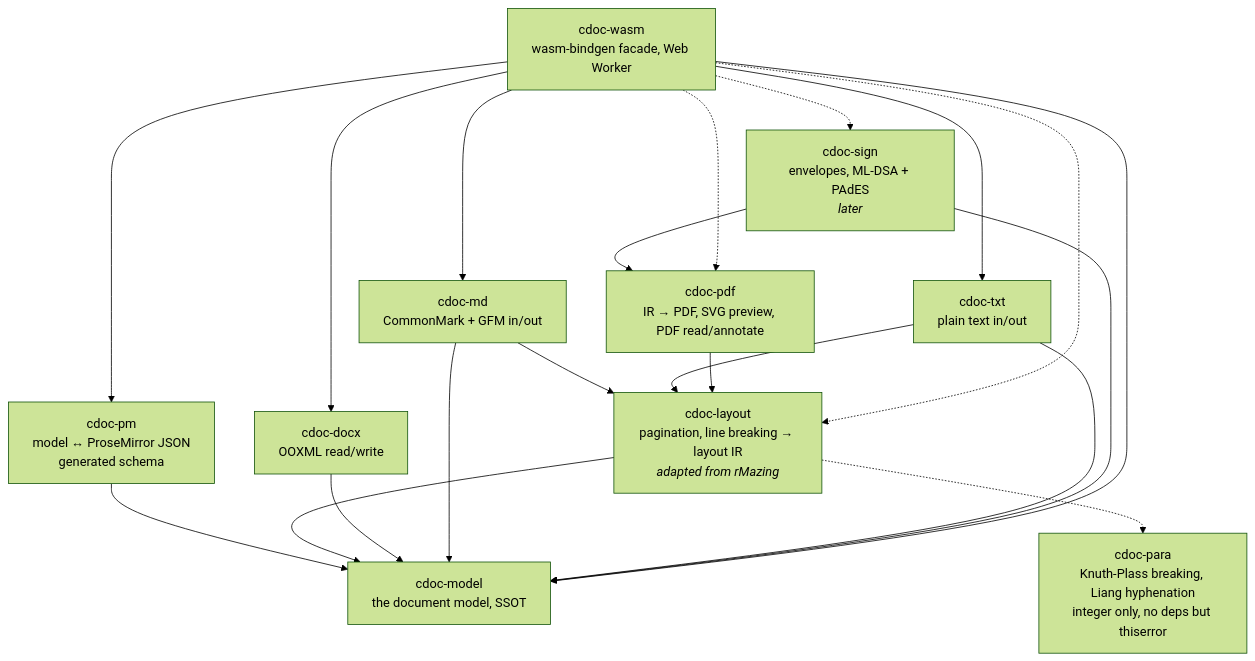
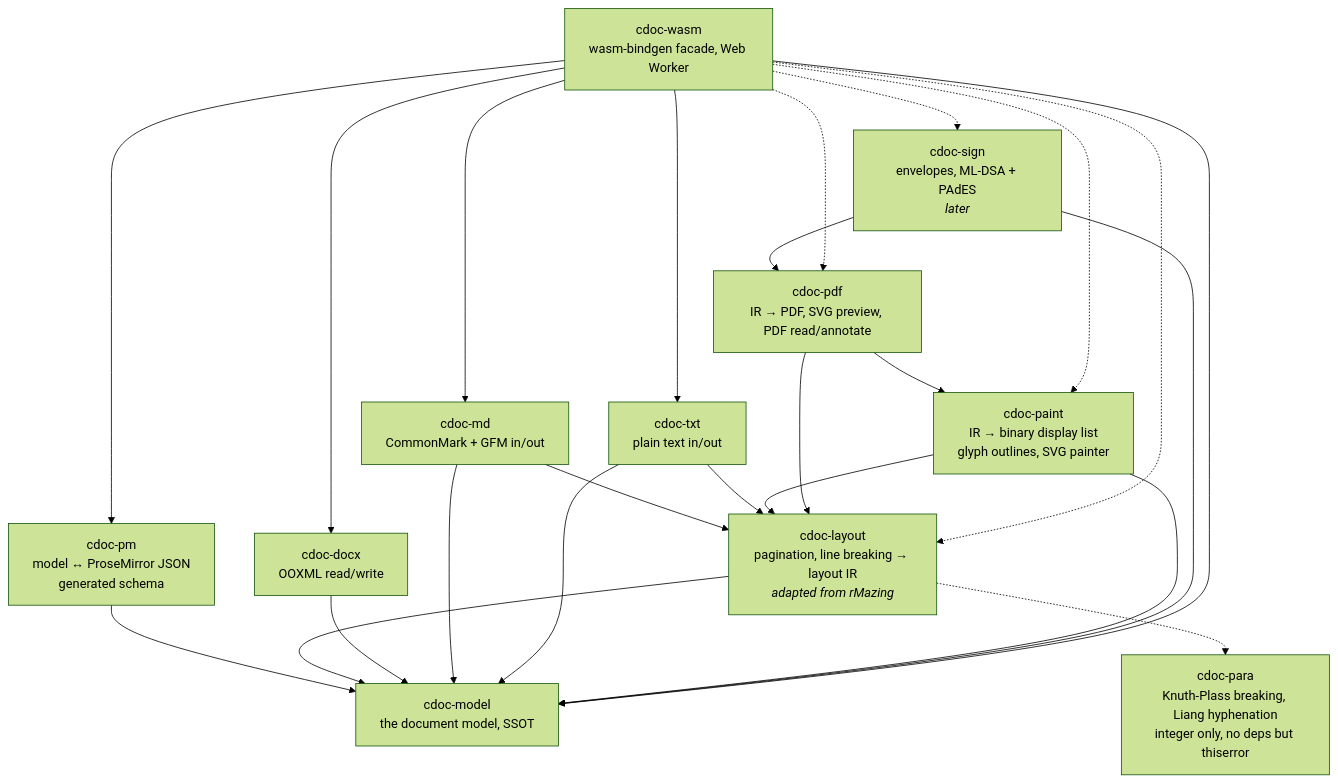
Before and after one commit to Avarok-Cybersecurity/citadel-docs: the diagram in ARCHITECTURE.md, drawn with Mermaid (forest theme). The commit also changed other lines of this file and 49 other files, not shown here.

First line of the commit message:
cdoc-paint: binary display list, glyph outlines, SVG from the display list

````diff
--- a/ARCHITECTURE.md
+++ b/ARCHITECTURE.md
@@ -12,33 +12,38 @@
 ```mermaid
 graph TD
     model[cdoc-model<br/>the document model, SSOT]
     pm[cdoc-pm<br/>model ↔ ProseMirror JSON<br/>generated schema]
     layout[cdoc-layout<br/>pagination, line breaking → layout IR<br/><i>adapted from rMazing</i>]
     para[cdoc-para<br/>Knuth-Plass breaking, Liang hyphenation<br/>integer only, no deps but thiserror]
+    paint[cdoc-paint<br/>IR → binary display list<br/>glyph outlines, SVG painter]
     pdf[cdoc-pdf<br/>IR → PDF, SVG preview, PDF read/annotate]
     docx[cdoc-docx<br/>OOXML read/write]
     md[cdoc-md<br/>CommonMark + GFM in/out]
     txt[cdoc-txt<br/>plain text in/out]
     sign[cdoc-sign<br/>envelopes, ML-DSA + PAdES<br/><i>later</i>]
     wasm[cdoc-wasm<br/>wasm-bindgen facade, Web Worker]
 
     pm --> model
     layout --> model
     layout -.-> para
     docx --> model
     md --> model
     md --> layout
     txt --> model
     txt --> layout
+    paint --> layout
+    paint --> model
     pdf --> layout
+    pdf --> paint
     sign --> pdf
     sign --> model
     wasm --> pm
     wasm --> model
     wasm -.-> layout
     wasm -.-> pdf
+    wasm -.-> paint
     wasm --> docx
     wasm --> md
     wasm --> txt
     wasm -.-> sign
 ```
````
